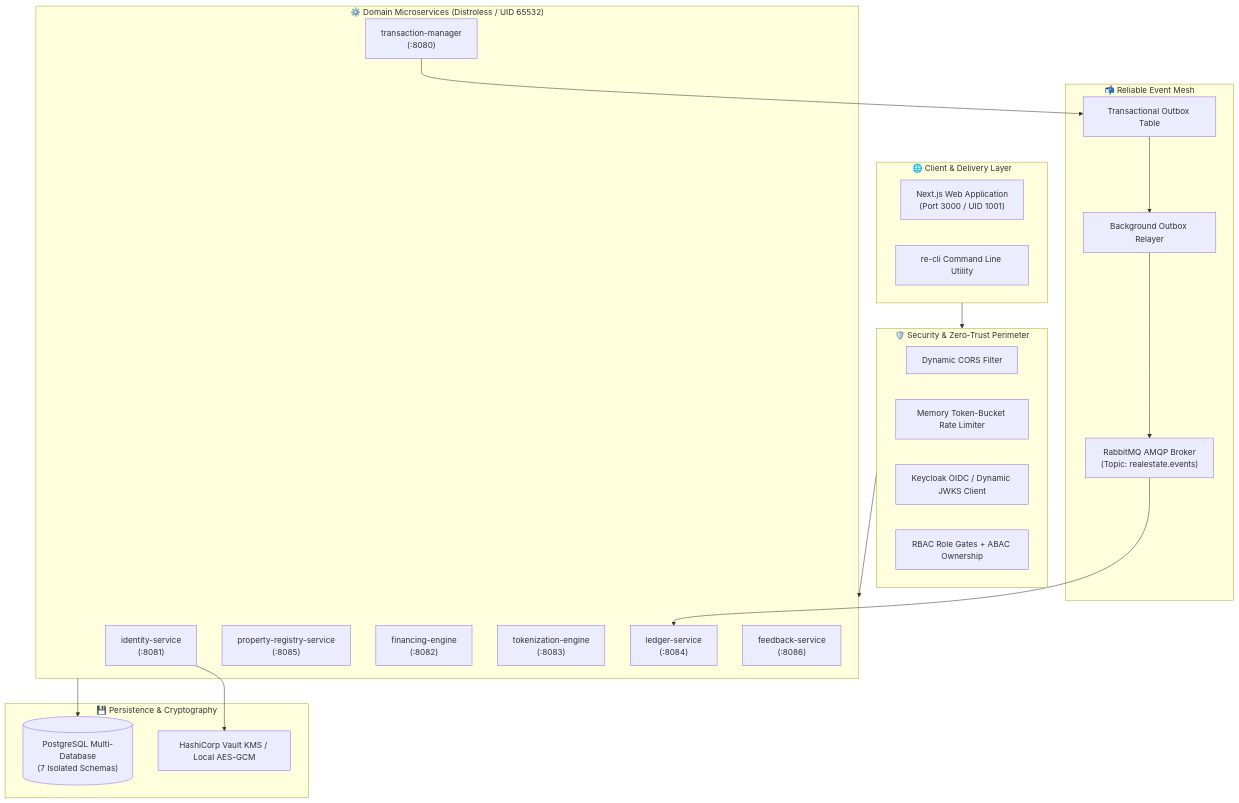
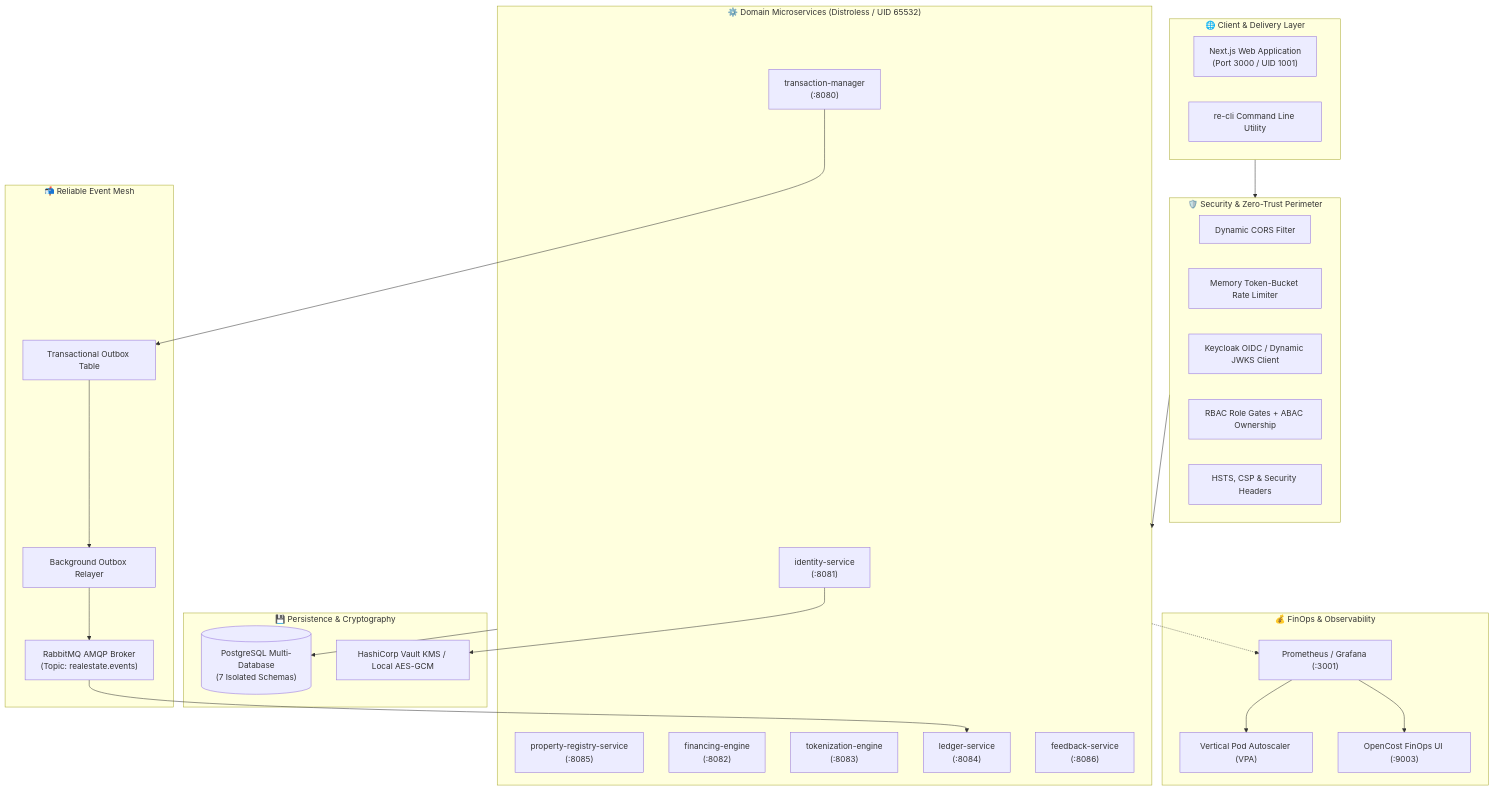
The first of 2 diagrams in docs/FEATURE_JOURNEY.md (NItishSh/realestate-trust), drawn with Mermaid before and after one commit. The commit also changed other lines of this file, not shown here.

````diff
--- a/docs/FEATURE_JOURNEY.md
+++ b/docs/FEATURE_JOURNEY.md
@@ -22,43 +23,53 @@
 ```mermaid
 flowchart TB
     subgraph ClientLayer["🌐 Client & Delivery Layer"]
         Frontend["Next.js Web Application<br/>(Port 3000 / UID 1001)"]
         CLI["re-cli Command Line Utility"]
     end
 
     subgraph GatewayLayer["🛡️ Security & Zero-Trust Perimeter"]
         CORS["Dynamic CORS Filter"]
         RateLimit["Memory Token-Bucket Rate Limiter"]
         JWKS["Keycloak OIDC / Dynamic JWKS Client"]
         RBAC_ABAC["RBAC Role Gates + ABAC Ownership"]
+        Headers["HSTS, CSP & Security Headers"]
     end
 
     subgraph Services["⚙️ Domain Microservices (Distroless / UID 65532)"]
         Identity["identity-service<br/>(:8081)"]
         TxManager["transaction-manager<br/>(:8080)"]
         Property["property-registry-service<br/>(:8085)"]
         Financing["financing-engine<br/>(:8082)"]
         Tokenization["tokenization-engine<br/>(:8083)"]
         Ledger["ledger-service<br/>(:8084)"]
         Feedback["feedback-service<br/>(:8086)"]
     end
 
     subgraph EventMesh["📬 Reliable Event Mesh"]
         Outbox["Transactional Outbox Table"]
         Relayer["Background Outbox Relayer"]
         RabbitMQ["RabbitMQ AMQP Broker<br/>(Topic: realestate.events)"]
     end
 
     subgraph DataLayer["💾 Persistence & Cryptography"]
         Postgres[("PostgreSQL Multi-Database<br/>(7 Isolated Schemas)")]
         Vault["HashiCorp Vault KMS / Local AES-GCM"]
     end
 
+    subgraph FinOpsLayer["💰 FinOps & Observability"]
+        VPA["Vertical Pod Autoscaler (VPA)"]
+        OpenCost["OpenCost FinOps UI (:9003)"]
+        Prometheus["Prometheus / Grafana (:3001)"]
+    end
+
     ClientLayer --> GatewayLayer
     GatewayLayer --> Services
     TxManager --> Outbox
     Outbox --> Relayer --> RabbitMQ
     RabbitMQ --> Ledger
     Services --> Postgres
     Identity --> Vault
+    Services -.-> Prometheus
+    Prometheus --> VPA
+    Prometheus --> OpenCost
 ```
````
